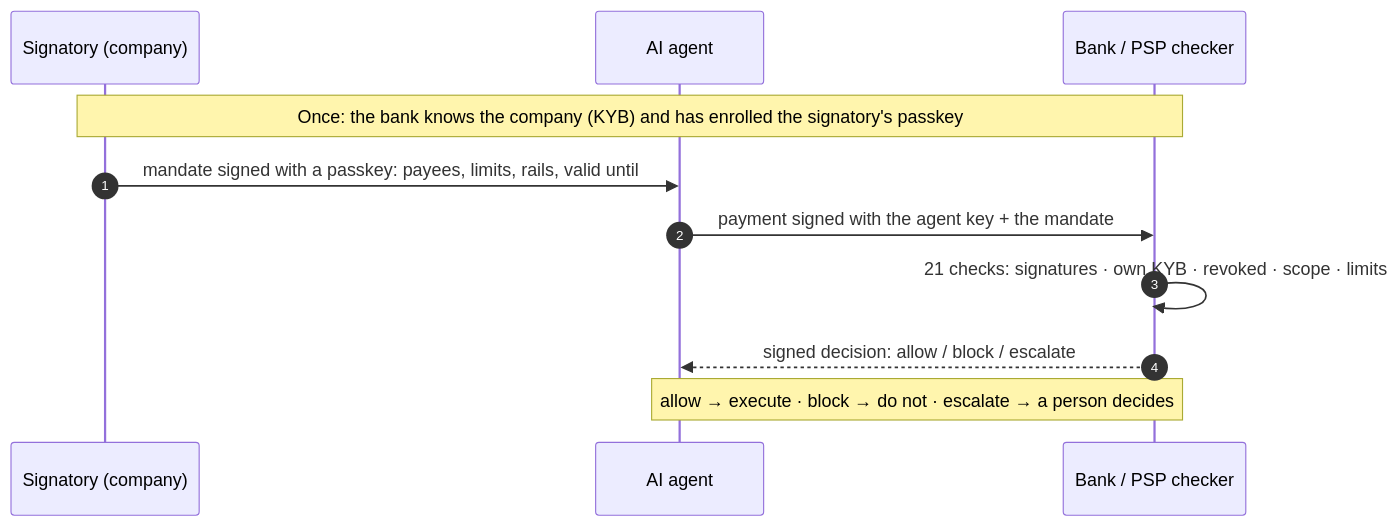
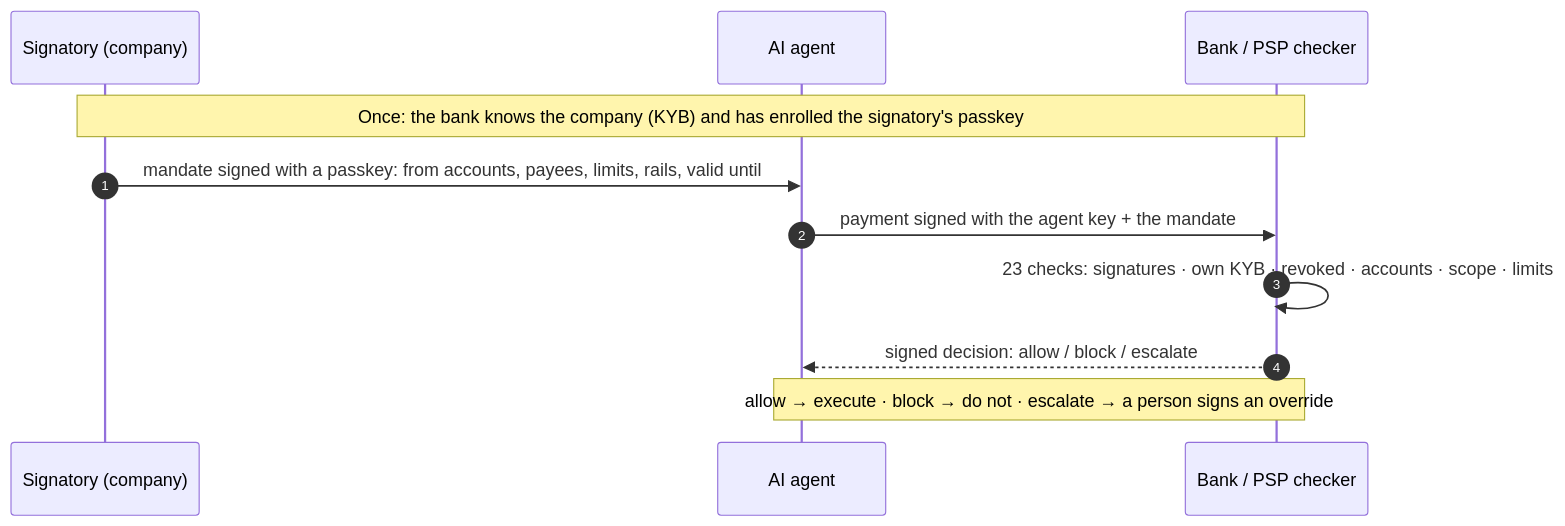
Before and after one commit to getgleipnir/gleipnir: the diagram in spec/mandate.md, drawn with Mermaid. The commit also changed other lines of this file and 25 other files, not shown here.

First line of the commit message:
mandate spec 0.3: debtor accounts, accounts worldwide, overrides, signed status

````diff
--- a/spec/mandate.md
+++ b/spec/mandate.md
@@ -11,13 +11,13 @@
 ```mermaid
 sequenceDiagram
     autonumber
     participant S as Signatory (company)
     participant A as AI agent
     participant B as Bank / PSP checker
     Note over S,B: Once: the bank knows the company (KYB) and has enrolled the signatory's passkey
-    S->>A: mandate signed with a passkey: payees, limits, rails, valid until
+    S->>A: mandate signed with a passkey: from accounts, payees, limits, rails, valid until
     A->>B: payment signed with the agent key + the mandate
-    B->>B: 21 checks: signatures · own KYB · revoked · scope · limits
+    B->>B: 23 checks: signatures · own KYB · revoked · accounts · scope · limits
     B-->>A: signed decision: allow / block / escalate
-    Note over A,B: allow → execute · block → do not · escalate → a person decides
+    Note over A,B: allow → execute · block → do not · escalate → a person signs an override
 ```
````
